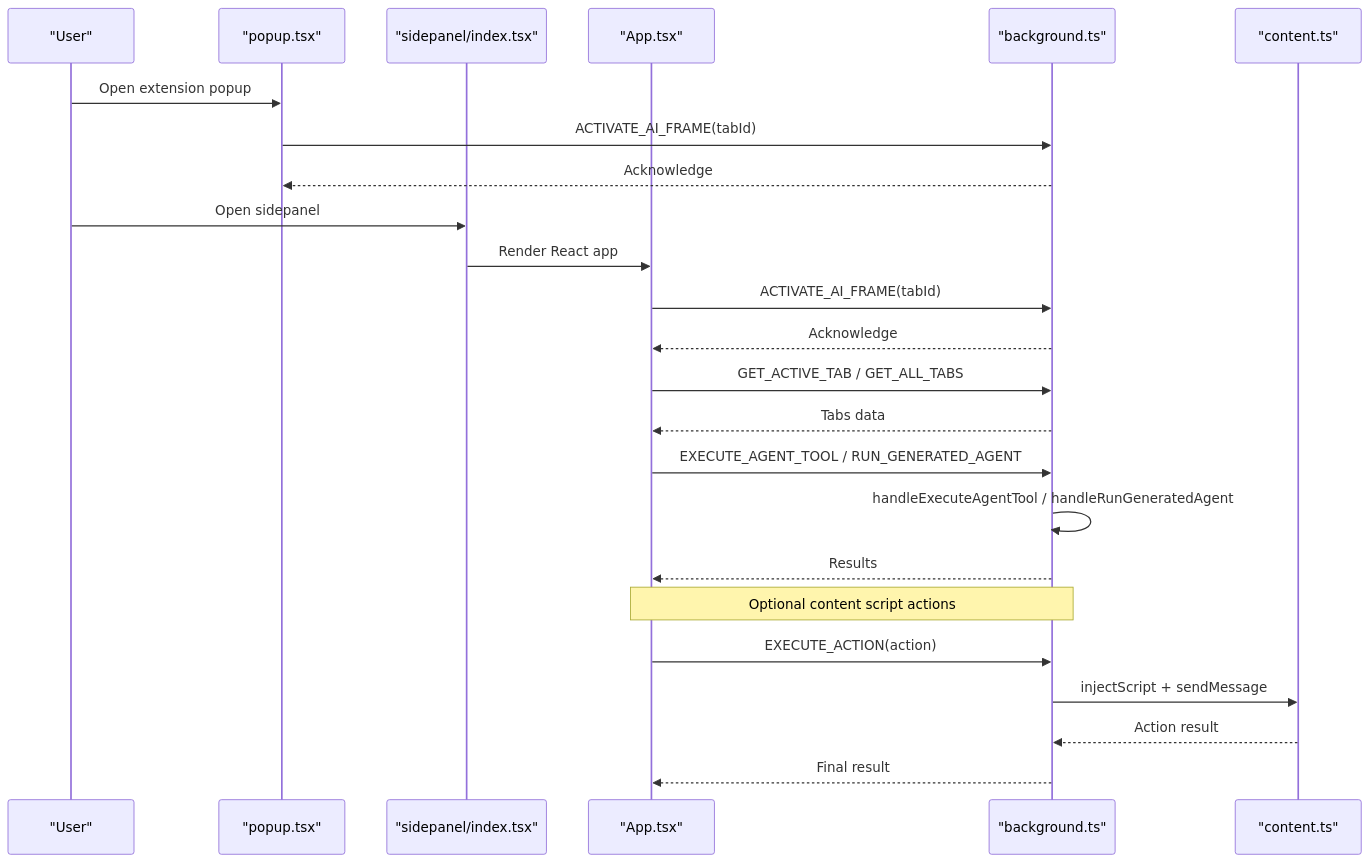
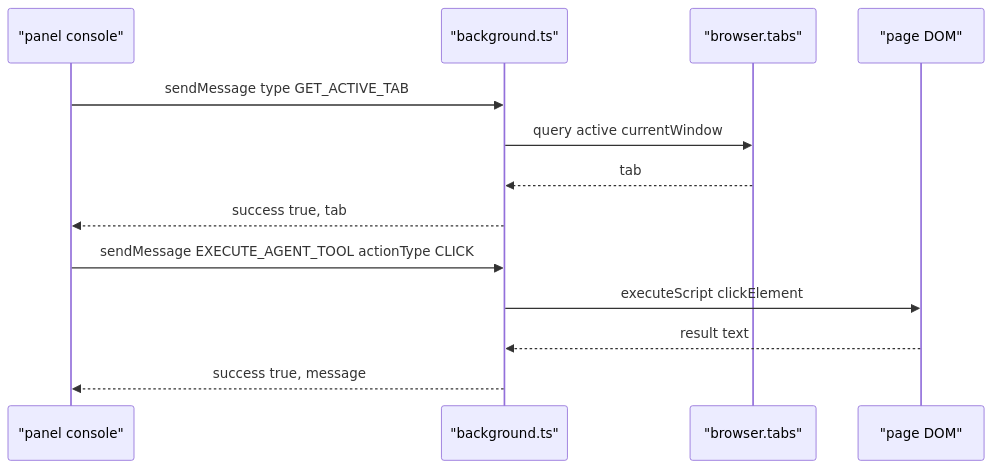
Before and after one commit to tashifkhan/tashif.codes: the fourth of 5 diagrams in src/data/docs/agentic-browser/Browser Extension/Extension Development Guide.md, drawn with Mermaid. The commit also changed other lines of this file and 114 other files, not shown here.

````diff
--- a/src/data/docs/agentic-browser/Browser Extension/Extension Development Guide.md
+++ b/src/data/docs/agentic-browser/Browser Extension/Extension Development Guide.md
@@ -63,26 +139,16 @@
 ```mermaid
 sequenceDiagram
-participant User as "User"
-participant Popup as "popup.tsx"
-participant Sidepanel as "sidepanel/index.tsx"
-participant App as "App.tsx"
-participant BG as "background.ts"
-participant Content as "content.ts"
-User->>Popup : Open extension popup
-Popup->>BG : ACTIVATE_AI_FRAME(tabId)
-BG-->>Popup : Acknowledge
-User->>Sidepanel : Open sidepanel
-Sidepanel->>App : Render React app
-App->>BG : ACTIVATE_AI_FRAME(tabId)
-BG-->>App : Acknowledge
-App->>BG : GET_ACTIVE_TAB / GET_ALL_TABS
-BG-->>App : Tabs data
-App->>BG : EXECUTE_AGENT_TOOL / RUN_GENERATED_AGENT
-BG->>BG : handleExecuteAgentTool / handleRunGeneratedAgent
-BG-->>App : Results
-Note over App,BG : Optional content script actions
-App->>BG : EXECUTE_ACTION(action)
-BG->>Content : injectScript + sendMessage
-Content-->>BG : Action result
-BG-->>App : Final result
+  participant Dev as "panel console"
+  participant BG as "background.ts"
+  participant Tabs as "browser.tabs"
+  participant Page as "page DOM"
+
+  Dev->>BG: sendMessage type GET_ACTIVE_TAB
+  BG->>Tabs: query active currentWindow
+  Tabs-->>BG: tab
+  BG-->>Dev: success true, tab
+  Dev->>BG: sendMessage EXECUTE_AGENT_TOOL actionType CLICK
+  BG->>Page: executeScript clickElement
+  Page-->>BG: result text
+  BG-->>Dev: success true, message
 ```
````
